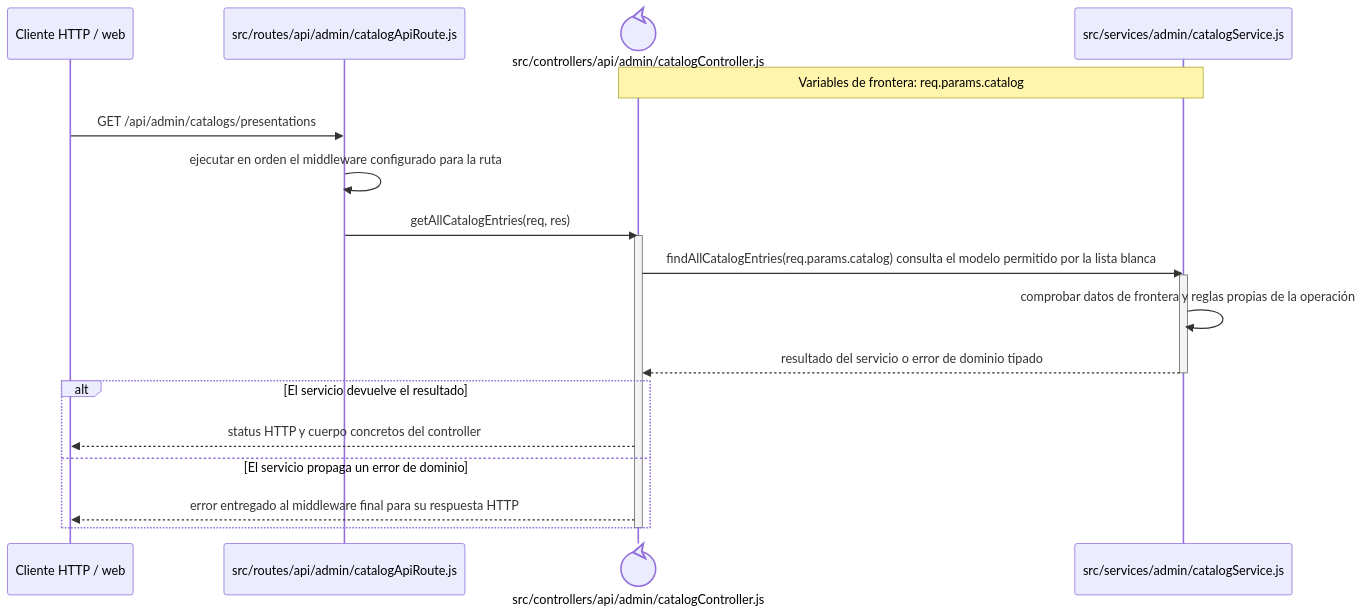
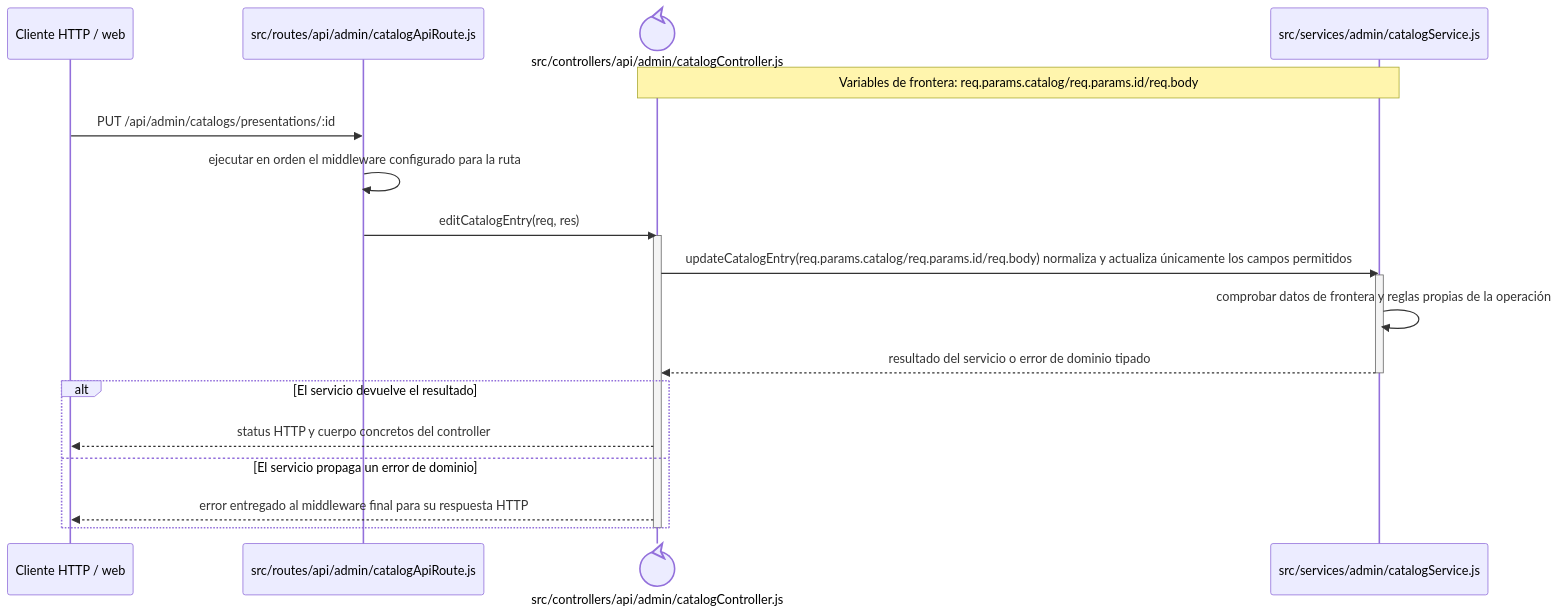
One commit to gpgsistemas01/nexus changed the diagram in docs/architecture/backend-code-sequences/catalogs/cu-cat-33.md. Above: the diagram before and after it, drawn with Mermaid. The commit also changed other lines of this file and 207 other files, not shown here.

````diff
--- a/docs/architecture/backend-code-sequences/catalogs/cu-cat-33.md
+++ b/docs/architecture/backend-code-sequences/catalogs/cu-cat-33.md
@@ -6,24 +6,24 @@
 ```mermaid
 sequenceDiagram
     participant Client as Cliente HTTP / web
     participant Route as src/routes/api/admin/catalogApiRoute.js
     participant Controller@{ "type": "control" } as src/controllers/api/admin/catalogController.js
     participant Domain as src/services/admin/catalogService.js
-    Note over Controller,Domain: Variables de frontera: req.params.catalog
+    Note over Controller,Domain: Variables de frontera: req.params.catalog/req.params.id/req.body
 
-    Client->>Route: GET /api/admin/catalogs/presentations
+    Client->>Route: PUT /api/admin/catalogs/presentations/:id
     Route->>Route: ejecutar en orden el middleware configurado para la ruta
-    Route->>Controller: getAllCatalogEntries(req, res)
+    Route->>Controller: editCatalogEntry(req, res)
     activate Controller
-    Controller->>Domain: findAllCatalogEntries(req.params.catalog) consulta el modelo permitido por la lista blanca
+    Controller->>Domain: updateCatalogEntry(req.params.catalog/req.params.id/req.body) normaliza y actualiza únicamente los campos permitidos
     activate Domain
     Domain->>Domain: comprobar datos de frontera y reglas propias de la operación
     Domain-->>Controller: resultado del servicio o error de dominio tipado
     deactivate Domain
     alt El servicio devuelve el resultado
         Controller-->>Client: status HTTP y cuerpo concretos del controller
     else El servicio propaga un error de dominio
         Controller-->>Client: error entregado al middleware final para su respuesta HTTP
     end
     deactivate Controller
 ```
````
